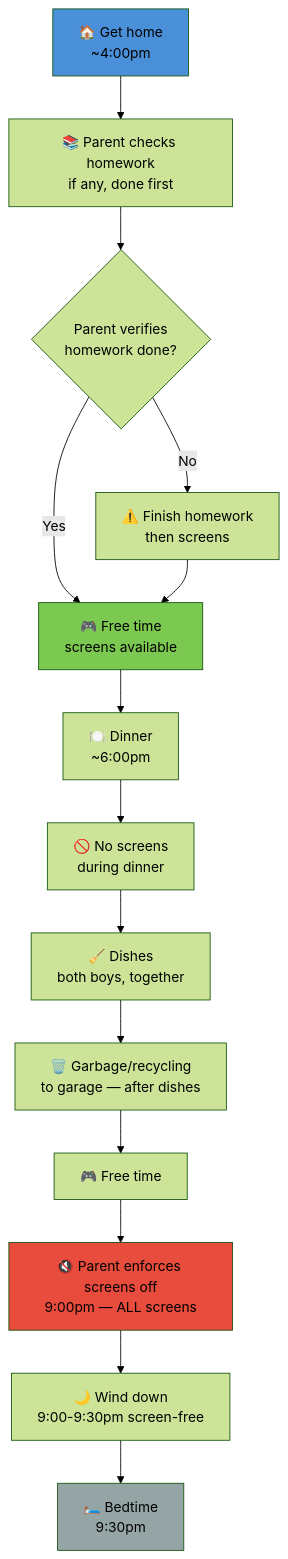
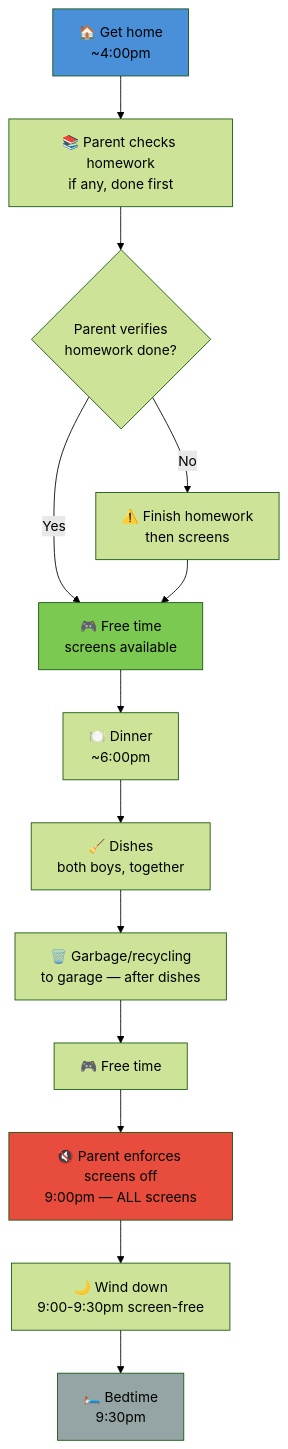
Before and after one commit to ajass/technology-reset: the first of 2 diagrams in day-types/04-school-day.md, drawn with Mermaid (forest theme). The commit also changed other lines of this file and 8 other files, not shown here.

First line of the commit message:
Remove 'no screens during dinner' rule — boys already get it

````diff
--- a/day-types/04-school-day.md
+++ b/day-types/04-school-day.md
@@ -17,21 +17,20 @@
 ```mermaid
 flowchart TD
     A["🏠 Get home<br/>~4:00pm"] --> B["📚 Parent checks homework<br/>if any, done first"]
     B --> C{"Parent verifies<br/>homework done?"}
     C -->|Yes| D["🎮 Free time<br/>screens available"]
     C -->|No| E["⚠️ Finish homework<br/>then screens"]
     E --> D
     D --> F["🍽️ Dinner<br/>~6:00pm"]
-    F --> G["🚫 No screens<br/>during dinner"]
-    G --> H["🧹 Dishes<br/>both boys, together"]
+    F --> H["🧹 Dishes<br/>both boys, together"]
     H --> I["🗑️ Garbage/recycling<br/>to garage — after dishes"]
     I --> J["🎮 Free time"]
     J --> K["🔇 Parent enforces screens off<br/>9:00pm — ALL screens"]
     K --> L["🌙 Wind down<br/>9:00-9:30pm screen-free"]
     L --> M["🛏️ Bedtime<br/>9:30pm"]
 
     style A fill:#4a90d9
     style D fill:#7bc950
     style K fill:#e74c3c
     style M fill:#95a5a6
 ```
````
